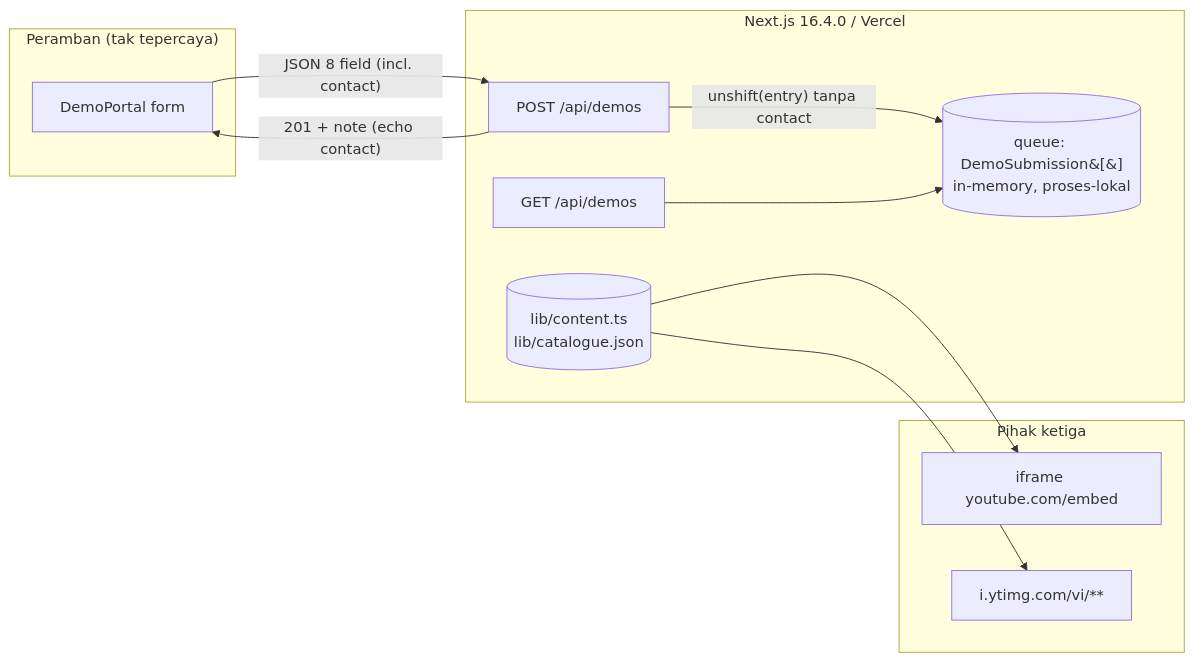
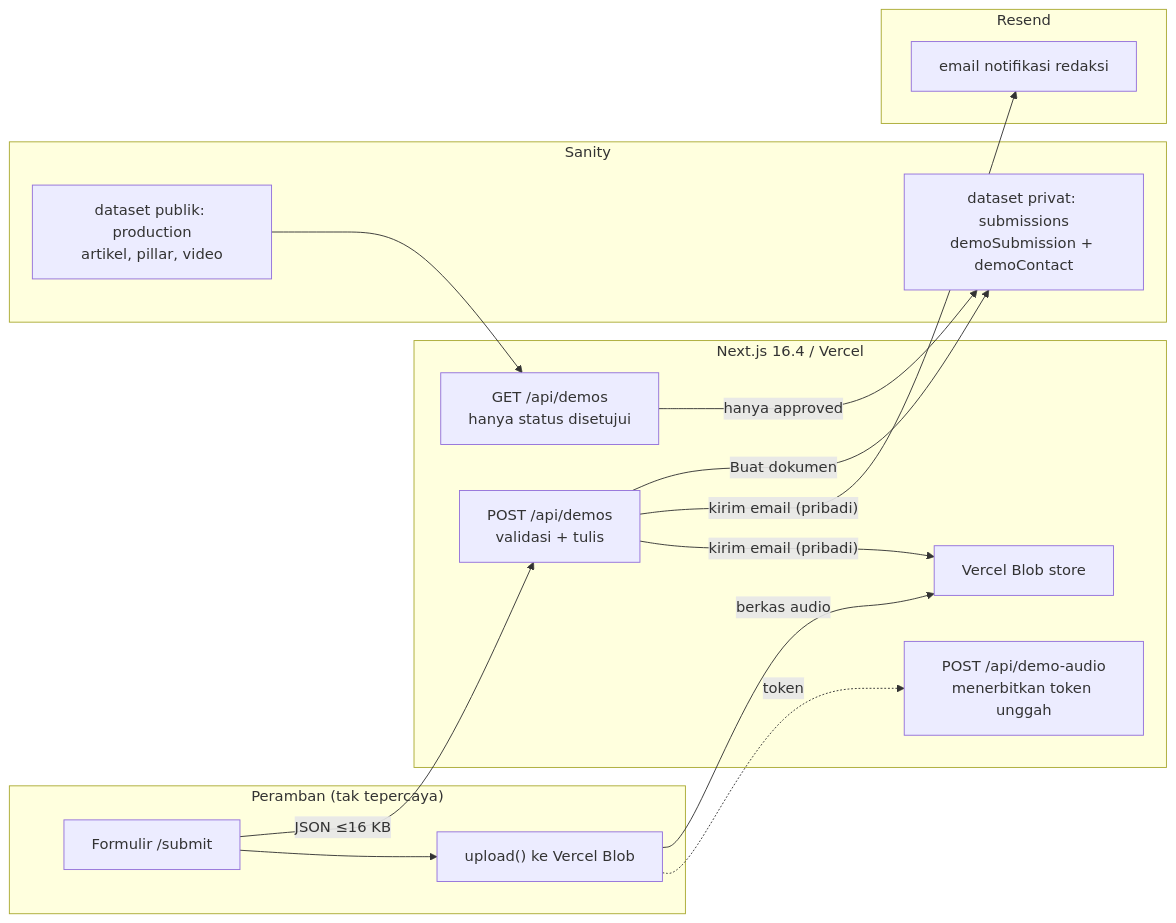
Before and after one commit to albiruby/melodialam-website: the diagram in docs/SECURITY-PRIVACY.md, drawn with Mermaid. The commit also changed other lines of this file and 23 other files, not shown here.

````diff
--- a/docs/SECURITY-PRIVACY.md
+++ b/docs/SECURITY-PRIVACY.md
@@ -95,25 +114,33 @@
 ```mermaid
 flowchart LR
   subgraph Browser["Peramban (tak tepercaya)"]
-    Form["DemoPortal form"]
+    Form["Formulir /submit"]
+    Up["upload() ke Vercel Blob"]
   end
 
-  subgraph Next["Next.js 16.4.0 / Vercel"]
-    RH["POST /api/demos"]
-    G["GET /api/demos"]
-    Mem[("queue: DemoSubmission&#91;&#93;<br/>in-memory, proses-lokal")]
-    Cat[("lib/content.ts<br/>lib/catalogue.json")]
+  subgraph Next["Next.js 16.4 / Vercel"]
+    DA["POST /api/demo-audio<br/>menerbitkan token unggah"]
+    RH["POST /api/demos<br/>validasi + tulis"]
+    G["GET /api/demos<br/>hanya status disetujui"]
+    Blob["Vercel Blob store"]
   end
 
-  subgraph Ext["Pihak ketiga"]
-    YT["iframe youtube.com/embed"]
-    IMG["i.ytimg.com/vi/**"]
+  subgraph Sanity["Sanity"]
+    Priv["dataset privat: submissions<br/>demoSubmission + demoContact"]
+    Prod["dataset publik: production<br/>artikel, pillar, video"]
   end
 
-  Form -->|"JSON 8 field (incl. contact)"| RH
-  RH -->|"unshift(entry) tanpa contact"| Mem
-  RH -->|"201 + note (echo contact)"| Form
-  G --> Mem
-  Cat --> YT
-  Cat --> IMG
+  subgraph Mail["Resend"]
+    Email["email notifikasi redaksi"]
+  end
+
+  Form -->|"JSON ≤16 KB"| RH
+  Form --> Up
+  Up -->|"berkas audio"| Blob
+  Up -.->|"token"| DA
+  RH -->|"Buat dokumen"| Priv
+  RH -->|"kirim email (pribadi)"| Email
+  RH -->|"kirim email (pribadi)"| Blob
+  G -->|"hanya approved"| Priv
+  Prod --> G
 ```
````
